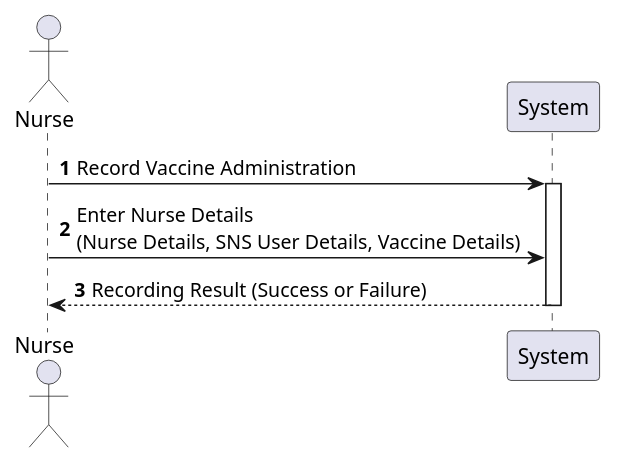
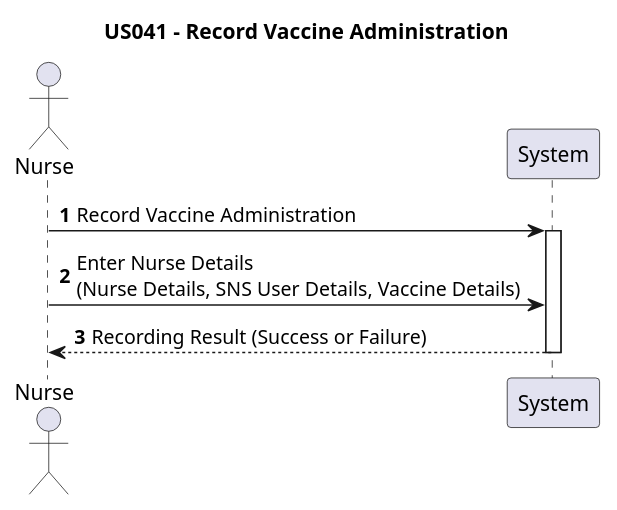
One commit to tbarracha/upskill-pds-software-development-project-Tiago changed the diagram in src/doc/global/User Stories/US041/US041.puml. Above: the diagram before and after it, drawn with PlantUML. The commit also changed 12 other files, not shown here.

```diff
--- a/src/doc/global/User Stories/US041/US041.puml
+++ b/src/doc/global/User Stories/US041/US041.puml
@@ -1,15 +1,16 @@
 @startuml
+title US041 - Record Vaccine Administration
 autonumber
 actor Nurse
 
 Nurse -> System: Record Vaccine Administration
 activate System
 
 ' Nurse provides details for the vaccine administration recording
 Nurse -> System: Enter Nurse Details\n(Nurse Details, SNS User Details, Vaccine Details)
 
 ' System processes the request and confirms the vaccine administration recording
 System --> Nurse: Recording Result (Success or Failure)
 
 deactivate System
 @enduml
```
